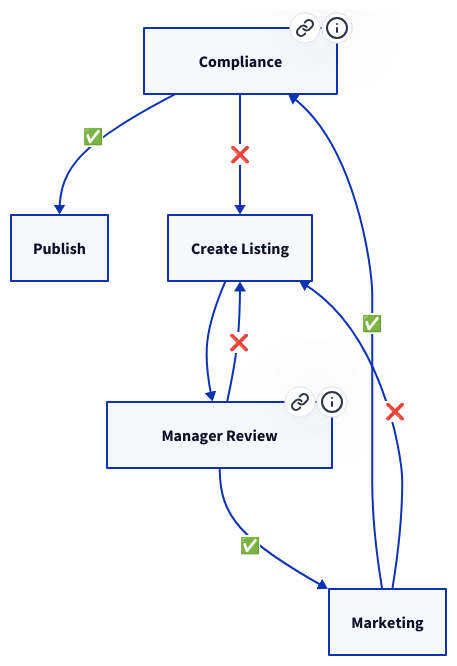
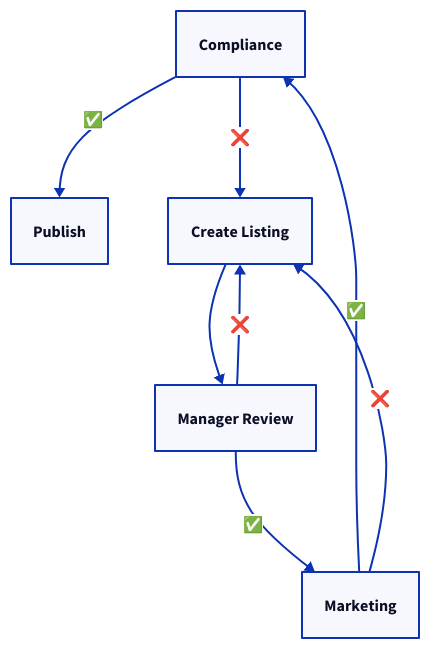
One commit to tallyfy/documentation changed the third of 3 diagrams in src/content/docs/pro/documenting/templates/automations/examples/multi-level-approval-loops.mdx. Above: the diagram before and after it, drawn with D2. The commit also changed other lines of this file and 35 other files, not shown here.

First line of the commit message:
Remove .link and .tooltip properties from D2 diagrams

````diff
--- a/src/content/docs/pro/documenting/templates/automations/examples/multi-level-approval-loops.mdx
+++ b/src/content/docs/pro/documenting/templates/automations/examples/multi-level-approval-loops.mdx
@@ -194,18 +184,14 @@
 ```d2
 Compliance: "Compliance"
 Marketing: "Marketing"
 Publish: "Publish"
 Agent: "Create Listing"
 Manager: "Manager Review"
 Agent -> Manager
 Manager -> Marketing: "✅"
 Manager -> Agent: "❌"
 Marketing -> Compliance: "✅"
 Marketing -> Agent: "❌"
 Compliance -> Publish: "✅"
 Compliance -> Agent: "❌"
-Compliance.link: "/products/pro/documenting/templates/automations/actions/status-actions/"
-Compliance.tooltip: "Learn how rejections trigger re-opens"
-Manager.link: "/products/pro/documenting/templates/automations/actions/visibility-actions/"
-Manager.tooltip: "See how visibility rules control flow"
 ```
````
